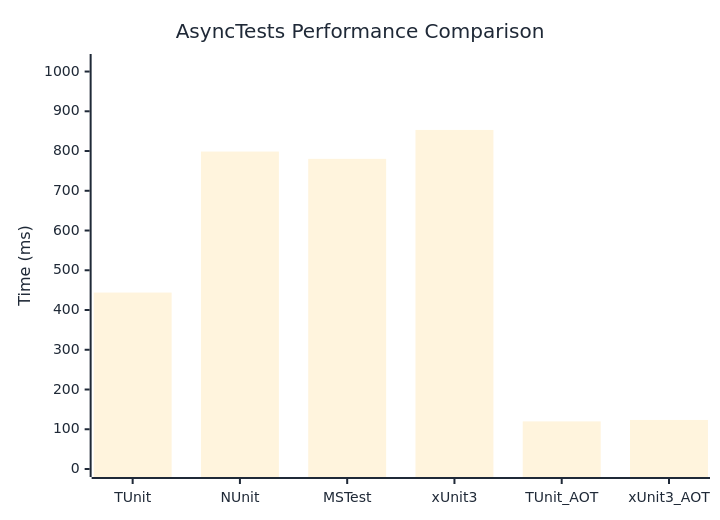
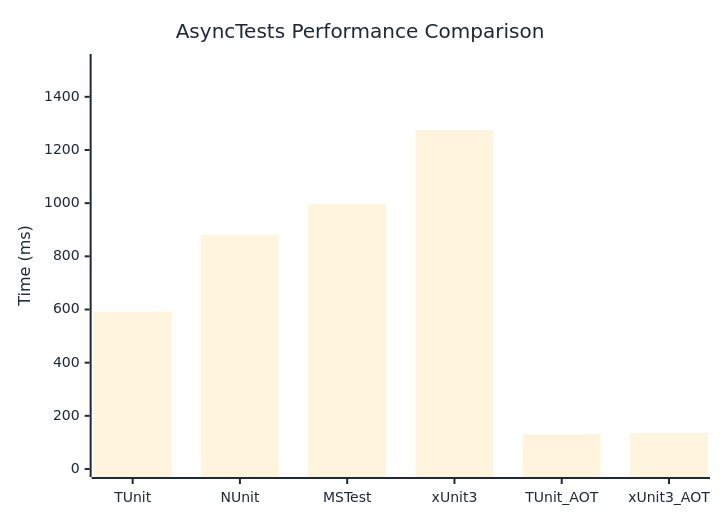
The diagram in docs/docs/benchmarks/engine/AsyncTests.md (thomhurst/TUnit), drawn with Mermaid before and after one commit. The commit also changed other lines of this file and 17 other files, not shown here.

````diff
--- a/docs/docs/benchmarks/engine/AsyncTests.md
+++ b/docs/docs/benchmarks/engine/AsyncTests.md
@@ -30,37 +30,37 @@
 ```mermaid
 %%{init: {
   'theme':'base',
   'themeVariables': {
     'primaryColor': '#2563eb',
     'primaryTextColor': '#1f2937',
     'primaryBorderColor': '#1e40af',
     'lineColor': '#6b7280',
     'secondaryColor': '#7c3aed',
     'tertiaryColor': '#dc2626',
     'background': '#ffffff',
     'mainBkg': '#2563eb',
     'secondBkg': '#7c3aed',
     'tertiaryBkg': '#dc2626',
     'clusterBkg': '#f3f4f6',
     'edgeLabelBackground': '#ffffff',
     'tertiaryTextColor': '#1f2937',
     'pie1': '#2563eb',
     'pie2': '#7c3aed',
     'pie3': '#dc2626',
     'pie4': '#f59e0b',
     'pie5': '#10b981',
     'pie6': '#06b6d4',
     'pie7': '#ec4899',
     'pie8': '#6366f1',
     'pie9': '#84cc16',
     'pie10': '#f97316',
     'pie11': '#14b8a6',
     'pie12': '#a855f7'
   }
 }}%%
 xychart-beta
   title "AsyncTests Performance Comparison"
   x-axis ["TUnit", "NUnit", "MSTest", "xUnit3", "TUnit_AOT", "xUnit3_AOT"]
-  y-axis "Time (ms)" 0 --> 1024
-  bar [443.9, 798.7, 780.3, 853.1, 119.8, 123.4]
+  y-axis "Time (ms)" 0 --> 1531
+  bar [592.2, 879.4, 996.2, 1275.6, 131.1, 135.7]
 ```
````
